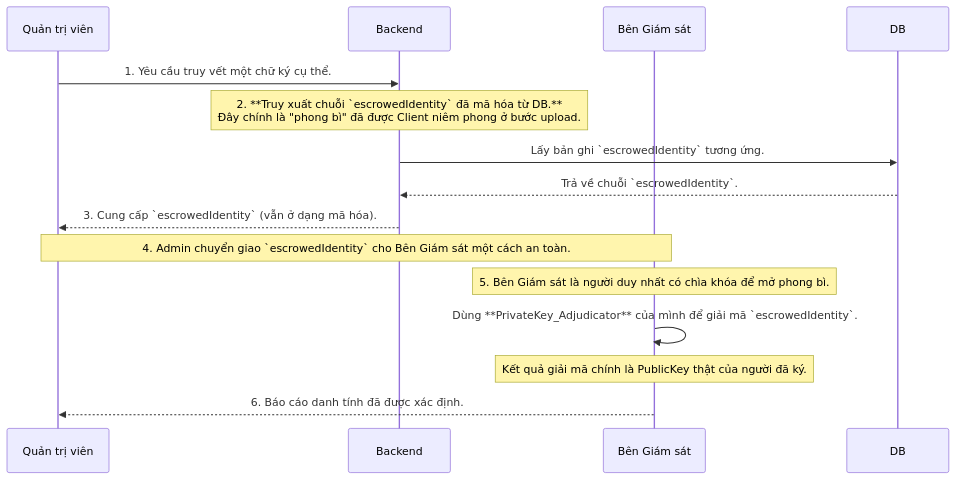
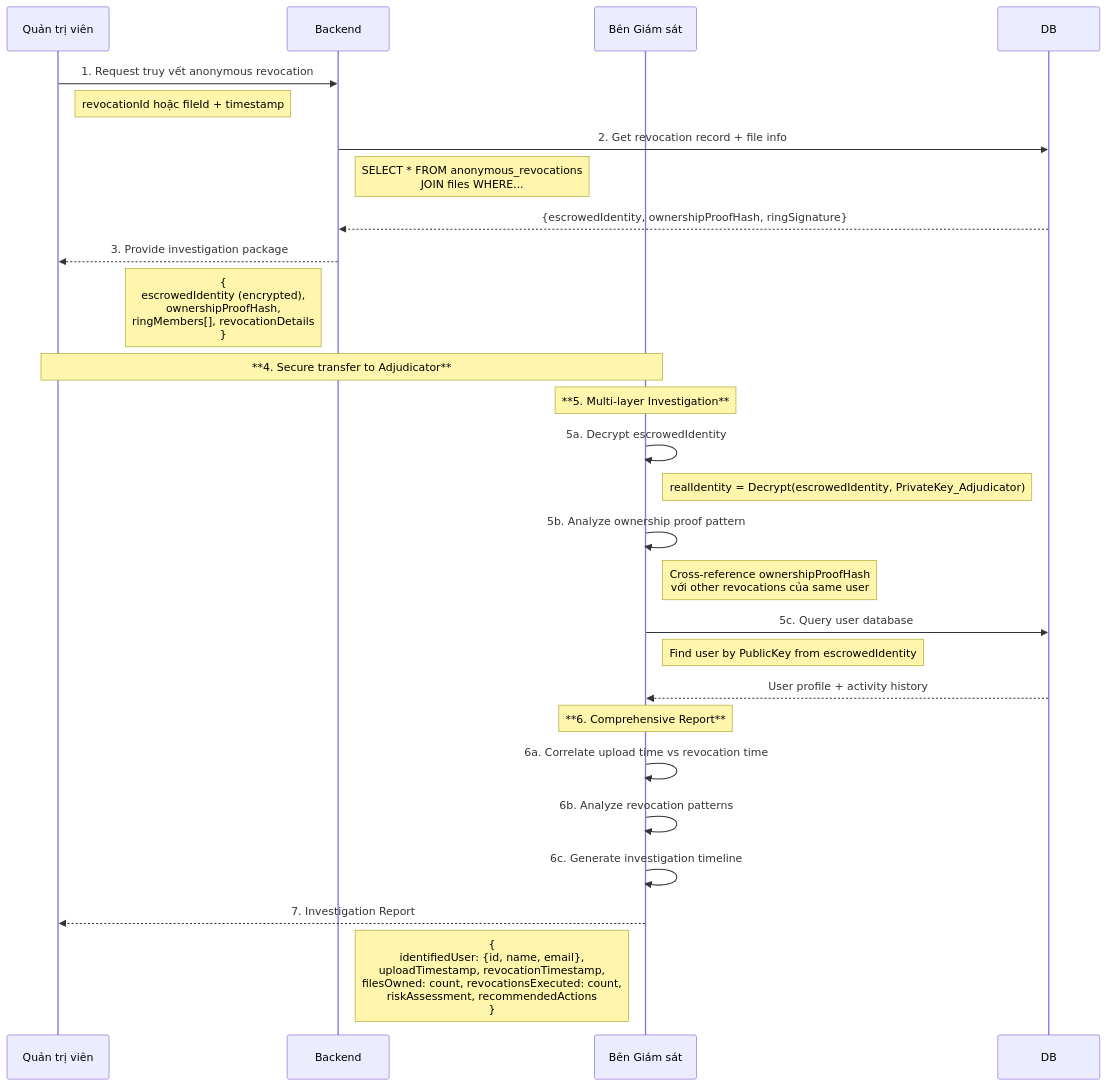
The fifth of 5 diagrams in New_Thesis.md (nguyenphuc22/ipfs-sandbox), drawn with Mermaid before and after one commit. The commit also changed other lines of this file and 2 other files, not shown here.

Commit message:
Revise New_Thesis.md to enhance clarity on cryptographic concepts and system architecture; add detailed operational flows and technical explanations for improved understanding. Introduce Summary.md and SummaryScript.md for presentation content and detailed script.

````diff
--- a/New_Thesis.md
+++ b/New_Thesis.md
@@ -86,22 +415,38 @@
 ```mermaid
 sequenceDiagram
     participant Admin as Quản trị viên
     participant Backend
     participant Adjudicator as Bên Giám sát
+    participant DB
 
-    Admin->>Backend: 1. Yêu cầu truy vết một chữ ký cụ thể.
+    Admin->>Backend: 1. Request truy vết anonymous revocation
+    note right of Admin: revocationId hoặc fileId + timestamp
+
+    Backend->>DB: 2. Get revocation record + file info
+    note right of Backend: SELECT * FROM anonymous_revocations<br/>JOIN files WHERE...
+    DB-->>Backend: {escrowedIdentity, ownershipProofHash, ringSignature}
+
+    Backend-->>Admin: 3. Provide investigation package
+    note left of Backend: {<br/>  escrowedIdentity (encrypted),<br/>  ownershipProofHash,<br/>  ringMembers[], revocationDetails<br/>}
+
+    note over Admin, Adjudicator: **4. Secure transfer to Adjudicator**
+
+    note over Adjudicator: **5. Multi-layer Investigation**
+    Adjudicator->>Adjudicator: 5a. Decrypt escrowedIdentity
+    note right of Adjudicator: realIdentity = Decrypt(escrowedIdentity, PrivateKey_Adjudicator)
     
-    note over Backend: 2. **Truy xuất chuỗi `escrowedIdentity` đã mã hóa từ DB.** <br/> Đây chính là "phong bì" đã được Client niêm phong ở bước upload.
-    Backend->>DB: Lấy bản ghi `escrowedIdentity` tương ứng.
-    DB-->>Backend: Trả về chuỗi `escrowedIdentity`.
+    Adjudicator->>Adjudicator: 5b. Analyze ownership proof pattern
+    note right of Adjudicator: Cross-reference ownershipProofHash<br/>với other revocations của same user
+    
+    Adjudicator->>DB: 5c. Query user database
+    note right of Adjudicator: Find user by PublicKey from escrowedIdentity
+    DB-->>Adjudicator: User profile + activity history
 
-    Backend-->>Admin: 3. Cung cấp `escrowedIdentity` (vẫn ở dạng mã hóa).
+    note over Adjudicator: **6. Comprehensive Report**
+    Adjudicator->>Adjudicator: 6a. Correlate upload time vs revocation time
+    Adjudicator->>Adjudicator: 6b. Analyze revocation patterns
+    Adjudicator->>Adjudicator: 6c. Generate investigation timeline
 
-    note over Admin, Adjudicator: 4. Admin chuyển giao `escrowedIdentity` cho Bên Giám sát một cách an toàn.
-
-    note over Adjudicator: 5. Bên Giám sát là người duy nhất có chìa khóa để mở phong bì.
-    Adjudicator->>Adjudicator: Dùng **PrivateKey_Adjudicator** của mình để giải mã `escrowedIdentity`.
-    
-    note over Adjudicator: Kết quả giải mã chính là PublicKey thật của người đã ký.
-    Adjudicator-->>Admin: 6. Báo cáo danh tính đã được xác định.
+    Adjudicator-->>Admin: 7. Investigation Report
+    note left of Adjudicator: {<br/>  identifiedUser: {id, name, email},<br/>  uploadTimestamp, revocationTimestamp,<br/>  filesOwned: count, revocationsExecuted: count,<br/>  riskAssessment, recommendedActions<br/>}
 ```
````
